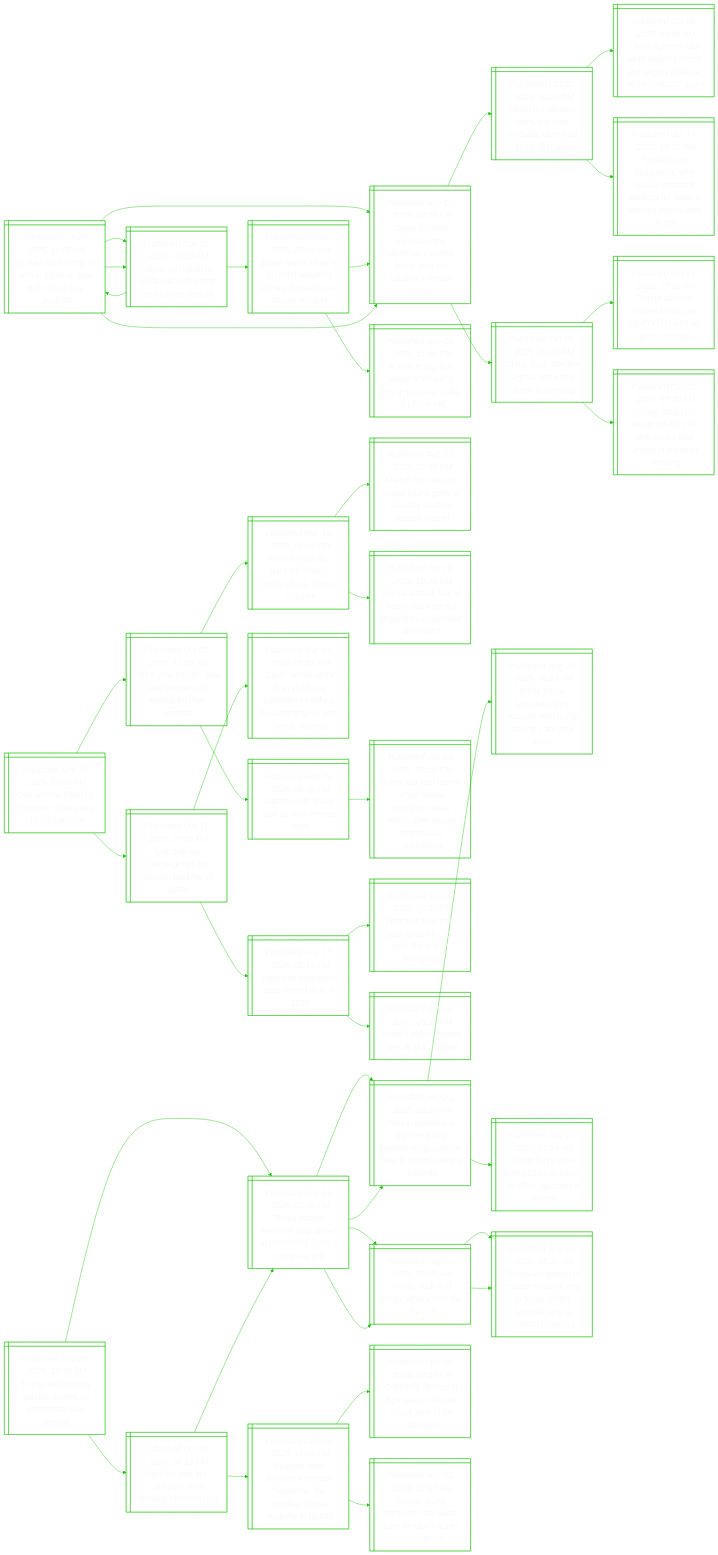
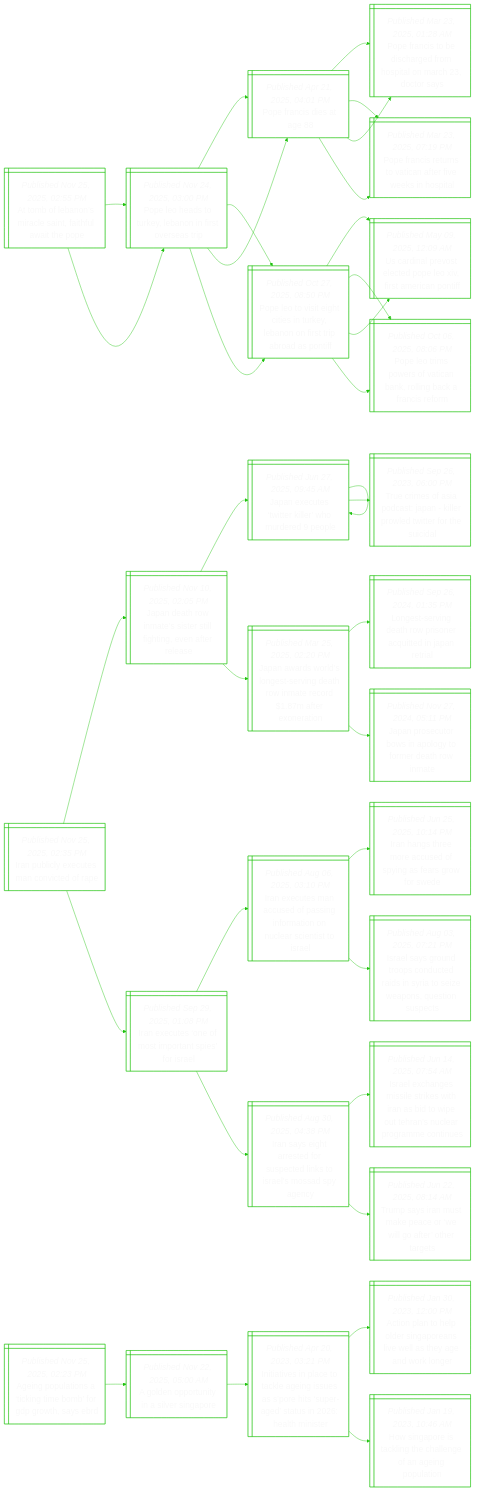
One commit to notJmes/notJmes changed the diagram in README.md. Above: the diagram before and after it, drawn with Mermaid. The commit also changed other lines of this file, not shown here.

````diff
--- a/README.md
+++ b/README.md
@@ -16,133 +16,112 @@
 flowchart LR
 classDef txtsize font-size:20px;
 
-Xwroiaptnas@{ shape: win-pane, label: "_Published Nov 25, 2025, 11:00 AM_
-Xi may want trump to rein in japan in spat with china, say analysts" }
-JPahciuinp@{ shape: win-pane, label: "_Published Nov 25, 2025, 09:58 AM_
-Japan pm takaichi holds call with trump amid china dispute" }
-Xwroiaptnas@{ shape: win-pane, label: "_Published Nov 25, 2025, 11:00 AM_
-Xi may want trump to rein in japan in spat with china, say analysts" }
-JPahciuinp@{ shape: win-pane, label: "_Published Nov 25, 2025, 09:58 AM_
-Japan pm takaichi holds call with trump amid china dispute" }
-JpsaCdmitarkiwm@{ shape: win-pane, label: "_Published Nov 10, 2025, 02:00 PM_
-Japan protests against china diplomat’s violent threat over pm takaichi’s taiwan remark" }
-JslrcrthddTnr@{ shape: win-pane, label: "_Published Nov 25, 2025, 09:35 AM_
-Japan sends letter to un chief rebutting china’s demand over taiwan remarks" }
-JpsaCdmitarkiwm@{ shape: win-pane, label: "_Published Nov 10, 2025, 02:00 PM_
-Japan protests against china diplomat’s violent threat over pm takaichi’s taiwan remark" }
-Xlmtatsowdpc@{ shape: win-pane, label: "_Published Nov 24, 2025, 11:38 PM_
-Xi tells trump that taiwan’s ‘return’ is key to post-war order in phone call" }
-JpsaCdmitarkiwm@{ shape: win-pane, label: "_Published Nov 10, 2025, 02:00 PM_
-Japan protests against china diplomat’s violent threat over pm takaichi’s taiwan remark" }
-JPaCseubitnts@{ shape: win-pane, label: "_Published Oct 31, 2025, 10:10 PM_
-Japan pm takaichi, china’s xi seek mutually beneficial ties in first talks" }
-Ctertonsasnmdrs@{ shape: win-pane, label: "_Published Oct 09, 2025, 09:46 AM_
-China tightens rare earth export controls and targets defence, semiconductor users" }
-SlMyhunkorntei@{ shape: win-pane, label: "_Published Oct 17, 2025, 12:50 PM_
-Socialist pm murayama, who issued landmark apology for japan’s wartime deeds, dies at 101" }
-Ceovnrwnep@{ shape: win-pane, label: "_Published Oct 28, 2025, 06:45 PM_
-China eyes ‘positive signals’ from new japan leadership" }
-STcksaarminr@{ shape: win-pane, label: "_Published Oct 21, 2025, 12:50 PM_
-Sanae takaichi makes history as japan’s first woman prime minister" }
-TJPaairtaarii@{ shape: win-pane, label: "_Published Oct 28, 2025, 07:30 AM_
-Trump, japan pm sanae takaichi ink rare earths deal ahead of trump-xi meeting" }
+Abbsciilto@{ shape: win-pane, label: "_Published Nov 25, 2025, 02:55 PM_
+At tomb of lebanon’s miracle saint, faithful await the pope" }
+PeduLoivap@{ shape: win-pane, label: "_Published Nov 24, 2025, 03:00 PM_
+Pope leo heads to turkey, lebanon in first overseas trip" }
+Prsa@{ shape: win-pane, label: "_Published Apr 21, 2025, 04:01 PM_
+Pope francis dies at age 88" }
+Prsdafoaaos@{ shape: win-pane, label: "_Published Mar 23, 2025, 01:28 AM_
+Pope francis to be discharged from hospital on march 23, doctor says" }
+PrsrVaeessl@{ shape: win-pane, label: "_Published Mar 23, 2025, 07:19 PM_
+Pope francis returns to vatican after five weeks in hospital" }
+Peiiiikbospaof@{ shape: win-pane, label: "_Published Oct 27, 2025, 08:50 PM_
+Pope leo to visit eight cities in turkey, lebanon on first trip abroad as pontiff" }
+UdPscooimat@{ shape: win-pane, label: "_Published May 09, 2025, 12:09 AM_
+Us cardinal prevost elected pope leo xiv, first american pontiff" }
+PemeVakicarm@{ shape: win-pane, label: "_Published Oct 06, 2025, 08:06 PM_
+Pope leo trims powers of vatican bank, rolling back a francis reform" }
+PeduLoivap@{ shape: win-pane, label: "_Published Nov 24, 2025, 03:00 PM_
+Pope leo heads to turkey, lebanon in first overseas trip" }
+Prsa@{ shape: win-pane, label: "_Published Apr 21, 2025, 04:01 PM_
+Pope francis dies at age 88" }
+Prsdafoaaos@{ shape: win-pane, label: "_Published Mar 23, 2025, 01:28 AM_
+Pope francis to be discharged from hospital on march 23, doctor says" }
+PrsrVaeessl@{ shape: win-pane, label: "_Published Mar 23, 2025, 07:19 PM_
+Pope francis returns to vatican after five weeks in hospital" }
+Peiiiikbospaof@{ shape: win-pane, label: "_Published Oct 27, 2025, 08:50 PM_
+Pope leo to visit eight cities in turkey, lebanon on first trip abroad as pontiff" }
+UdPscooimat@{ shape: win-pane, label: "_Published May 09, 2025, 12:09 AM_
+Us cardinal prevost elected pope leo xiv, first american pontiff" }
+PemeVakicarm@{ shape: win-pane, label: "_Published Oct 06, 2025, 08:06 PM_
+Pope leo trims powers of vatican bank, rolling back a francis reform" }
 
-Xwroiaptnas:::txtsize --> JPahciuinp:::txtsize
-JPahciuinp:::txtsize --> Xwroiaptnas:::txtsize
-Xwroiaptnas:::txtsize --> JPahciuinp:::txtsize
-Xwroiaptnas:::txtsize --> JpsaCdmitarkiwm:::txtsize
-JPahciuinp:::txtsize --> JslrcrthddTnr:::txtsize
-JslrcrthddTnr:::txtsize --> JpsaCdmitarkiwm:::txtsize
-JslrcrthddTnr:::txtsize --> Xlmtatsowdpc:::txtsize
-Xwroiaptnas:::txtsize --> JpsaCdmitarkiwm:::txtsize
-JpsaCdmitarkiwm:::txtsize --> JPaCseubitnts:::txtsize
-JPaCseubitnts:::txtsize --> Ctertonsasnmdrs:::txtsize
-JPaCseubitnts:::txtsize --> SlMyhunkorntei:::txtsize
-JpsaCdmitarkiwm:::txtsize --> Ceovnrwnep:::txtsize
-Ceovnrwnep:::txtsize --> STcksaarminr:::txtsize
-Ceovnrwnep:::txtsize --> TJPaairtaarii:::txtsize
+Abbsciilto:::txtsize --> PeduLoivap:::txtsize
+PeduLoivap:::txtsize --> Prsa:::txtsize
+Prsa:::txtsize --> Prsdafoaaos:::txtsize
+Prsa:::txtsize --> PrsrVaeessl:::txtsize
+PeduLoivap:::txtsize --> Peiiiikbospaof:::txtsize
+Peiiiikbospaof:::txtsize --> UdPscooimat:::txtsize
+Peiiiikbospaof:::txtsize --> PemeVakicarm:::txtsize
+Abbsciilto:::txtsize --> PeduLoivap:::txtsize
+PeduLoivap:::txtsize --> Prsa:::txtsize
+Prsa:::txtsize --> Prsdafoaaos:::txtsize
+Prsa:::txtsize --> PrsrVaeessl:::txtsize
+PeduLoivap:::txtsize --> Peiiiikbospaof:::txtsize
+Peiiiikbospaof:::txtsize --> UdPscooimat:::txtsize
+Peiiiikbospaof:::txtsize --> PemeVakicarm:::txtsize
 
-OmlyooenU@{ shape: win-pane, label: "_Published Nov 25, 2025, 10:50 AM_
-One woman killed by someone close every 10 minutes: un" }
-SouwwswntM@{ shape: win-pane, label: "_Published Oct 01, 2025, 11:50 AM_
-'shut your mouth': low-paid women still waiting for their #metoo" }
-FhfteTqacyr@{ shape: win-pane, label: "_Published Mar 19, 2025, 01:00 PM_
-French male film stars tell #metoo inquiry about ‘clumsy’ remarks" }
-Fhdtgououanra@{ shape: win-pane, label: "_Published Feb 03, 2025, 09:40 PM_
-French film director ruggia found guilty of sexually abusing actress haenel" }
-SluiFhrraueuM@{ shape: win-pane, label: "_Published Oct 28, 2024, 10:30 PM_
-Sexual assault trial of french actor gerard depardieu suspended until march" }
-Jcflewos@{ shape: win-pane, label: "_Published Feb 09, 2025, 06:00 PM_
-Japan could finally face its own #metoo crisis" }
-JtdepeaNreeusuli@{ shape: win-pane, label: "_Published Jan 23, 2025, 03:15 PM_
-J-pop star and former smap leader masahiro nakai retires after sexual misconduct allegations" }
-Letrtoekia@{ shape: win-pane, label: "_Published Oct 31, 2025, 07:55 PM_
-‘look delicate’ marriage tips for women backfire in japan" }
-Jepieoo@{ shape: win-pane, label: "_Published Aug 07, 2025, 05:12 PM_
-Japanese population sees record drop in 2024" }
-Jerraptiaeer@{ shape: win-pane, label: "_Published Jul 16, 2025, 03:40 PM_
-‘japanese first’ party shakes up election with alarm over foreigners" }
-Wsssenn@{ shape: win-pane, label: "_Published Jan 04, 2025, 05:51 PM_
-World’s oldest person dies at 116 in japan" }
-Jnmhirssftohmbr@{ shape: win-pane, label: "_Published Mar 03, 2024, 08:55 PM_
-Japan needs more than childcare subsidies to defuse its demographic time bomb: experts" }
+Iulcmnea@{ shape: win-pane, label: "_Published Nov 25, 2025, 02:35 PM_
+Iran publicly executes man convicted of rape" }
+Jdrmsrltvtl@{ shape: win-pane, label: "_Published Nov 10, 2025, 02:05 PM_
+Japan death row inmate’s sister still fighting, even after release" }
+Jetikruep@{ shape: win-pane, label: "_Published Jun 27, 2025, 09:45 AM_
+Japan executes ‘twitter killer’ who murdered 9 people" }
+Jetikruep@{ shape: win-pane, label: "_Published Jun 27, 2025, 09:45 AM_
+Japan executes ‘twitter killer’ who murdered 9 people" }
+Troaaplrdtrua@{ shape: win-pane, label: "_Published Sep 26, 2023, 06:00 PM_
+True crimes of asia podcast: japan - killer prowled twitter for the suicidal" }
+Jasdgeghnrdeni@{ shape: win-pane, label: "_Published Mar 25, 2025, 02:20 PM_
+Japan awards world’s longest-serving death row inmate record $1.87m after exoneration" }
+Lsveosatnni@{ shape: win-pane, label: "_Published Sep 26, 2024, 01:35 PM_
+Longest-serving death row prisoner acquitted in japan retrial" }
+Jpcbnofrhn@{ shape: win-pane, label: "_Published Nov 27, 2024, 05:11 PM_
+Japan prosecutor bows in apology to former death row inmate" }
+Ixeotrsfr@{ shape: win-pane, label: "_Published Sep 29, 2025, 01:08 PM_
+Iran executes ‘one of most important spies’ for israel" }
+Ixeaeagrournta@{ shape: win-pane, label: "_Published Aug 06, 2025, 03:10 PM_
+Iran executes man accused of passing information on nuclear scientist to israel" }
+Iahocoifgod@{ shape: win-pane, label: "_Published Jun 25, 2025, 10:14 PM_
+Iran hangs three more accused of spying as fears grow for swede" }
+Ilgdpddsrswnssc@{ shape: win-pane, label: "_Published Aug 03, 2025, 07:21 PM_
+Israel says ground troops conducted raids in syria to seize weapons, question suspects" }
+IagrdutnIlsyc@{ shape: win-pane, label: "_Published Aug 30, 2025, 04:38 PM_
+Iran says eight arrested for suspected links to israel’s mossad spy agency" }
+Ilamliiaiitacpaou@{ shape: win-pane, label: "_Published Jun 14, 2025, 07:54 AM_
+Israel exchanges missile strikes with iran as bid to wipe out tehran’s nuclear programme continues" }
+Tsrseeworre@{ shape: win-pane, label: "_Published Jun 22, 2025, 08:14 AM_
+Trump says iran must make peace or ‘we will go after’ other targets" }
 
-OmlyooenU:::txtsize --> SouwwswntM:::txtsize
-SouwwswntM:::txtsize --> FhfteTqacyr:::txtsize
-FhfteTqacyr:::txtsize --> Fhdtgououanra:::txtsize
-FhfteTqacyr:::txtsize --> SluiFhrraueuM:::txtsize
-SouwwswntM:::txtsize --> Jcflewos:::txtsize
-Jcflewos:::txtsize --> JtdepeaNreeusuli:::txtsize
-OmlyooenU:::txtsize --> Letrtoekia:::txtsize
-Letrtoekia:::txtsize --> Jepieoo:::txtsize
-Jepieoo:::txtsize --> Jerraptiaeer:::txtsize
-Jepieoo:::txtsize --> Wsssenn:::txtsize
-Letrtoekia:::txtsize --> Jnmhirssftohmbr:::txtsize
+Iulcmnea:::txtsize --> Jdrmsrltvtl:::txtsize
+Jdrmsrltvtl:::txtsize --> Jetikruep:::txtsize
+Jetikruep:::txtsize --> Jetikruep:::txtsize
+Jetikruep:::txtsize --> Troaaplrdtrua:::txtsize
+Jdrmsrltvtl:::txtsize --> Jasdgeghnrdeni:::txtsize
+Jasdgeghnrdeni:::txtsize --> Lsveosatnni:::txtsize
+Jasdgeghnrdeni:::txtsize --> Jpcbnofrhn:::txtsize
+Iulcmnea:::txtsize --> Ixeotrsfr:::txtsize
+Ixeotrsfr:::txtsize --> Ixeaeagrournta:::txtsize
+Ixeaeagrournta:::txtsize --> Iahocoifgod:::txtsize
+Ixeaeagrournta:::txtsize --> Ilgdpddsrswnssc:::txtsize
+Ixeotrsfr:::txtsize --> IagrdutnIlsyc:::txtsize
+IagrdutnIlsyc:::txtsize --> Ilamliiaiitacpaou:::txtsize
+IagrdutnIlsyc:::txtsize --> Tsrseeworre:::txtsize
 
-Trtimesmtnn@{ shape: win-pane, label: "_Published Nov 25, 2025, 10:15 AM_
-Trump redistricting gamble teeters as democrats gain ground" }
-TastmmprTsrr@{ shape: win-pane, label: "_Published Aug 23, 2025, 03:00 PM_
-Texas adopts electoral map aimed at preserving trump’s congress grip" }
-TRlsoucosattami@{ shape: win-pane, label: "_Published Aug 21, 2025, 02:11 AM_
-Texas republicans approve trump-backed congressional map to protect party’s majority" }
-WHlhkctTsgoi@{ shape: win-pane, label: "_Published Aug 20, 2025, 06:19 AM_
-White house launches tiktok account with trump saying ‘i am your voice’" }
-Tboabiisuo@{ shape: win-pane, label: "_Published Aug 21, 2025, 01:19 AM_
-Trump buys more than $128m in bonds in office, disclosure shows" }
-Ttnatth@{ shape: win-pane, label: "_Published Aug 18, 2025, 05:00 AM_
-Trump, tech and texas: what’s next for the us?" }
-Tlmoaclnsttlttos@{ shape: win-pane, label: "_Published Aug 06, 2025, 08:30 AM_
-Trump-led gambit to redraw electoral map in texas ignites national race to control congress" }
-Tlmoaclnsttlttos@{ shape: win-pane, label: "_Published Aug 06, 2025, 08:30 AM_
-Trump-led gambit to redraw electoral map in texas ignites national race to control congress" }
-Ffiriilwlrp@{ shape: win-pane, label: "_Published Oct 30, 2025, 04:15 PM_
-‘fight fire with fire’: california mulls skewing electoral map" }
-TastmmprTsrr@{ shape: win-pane, label: "_Published Aug 23, 2025, 03:00 PM_
-Texas adopts electoral map aimed at preserving trump’s congress grip" }
-TRlsoucosattami@{ shape: win-pane, label: "_Published Aug 21, 2025, 02:11 AM_
-Texas republicans approve trump-backed congressional map to protect party’s majority" }
-Ttnatth@{ shape: win-pane, label: "_Published Aug 18, 2025, 05:00 AM_
-Trump, tech and texas: what’s next for the us?" }
-Seesehceloatiy@{ shape: win-pane, label: "_Published Dec 05, 2024, 12:08 PM_
-Speaker mike johnson’s newest headache: the smallest house majority in history" }
-CoDriahteted@{ shape: win-pane, label: "_Published Dec 04, 2024, 02:40 PM_
-California democrat flips seat in the last house race to be decided" }
-FrpnttsnuCe@{ shape: win-pane, label: "_Published Nov 23, 2024, 02:53 AM_
-Former trump nominee matt gaetz says he won’t return to congress" }
+AglnctorrsB@{ shape: win-pane, label: "_Published Nov 25, 2025, 02:23 PM_
+Ageing populations a ‘ticking time bomb’ for gdp growth, says ebrd" }
+Aeoiaege@{ shape: win-pane, label: "_Published Nov 22, 2025, 05:00 AM_
+A golden opportunity in a silver singapore" }
+IasatenuShuganti@{ shape: win-pane, label: "_Published Apr 20, 2023, 03:21 PM_
+Initiatives in place to tackle ageing issues as s’pore hits ‘super-aged’ status in 2026: health minister" }
+Antpraavlearg@{ shape: win-pane, label: "_Published Jan 30, 2023, 12:00 PM_
+Action plan to help older singaporeans live well as they age and work longer" }
+Hnrancefeot@{ shape: win-pane, label: "_Published Jan 19, 2023, 10:46 AM_
+How singapore is tackling the challenge of an ageing population" }
 
-Trtimesmtnn:::txtsize --> TastmmprTsrr:::txtsize
-TastmmprTsrr:::txtsize --> TRlsoucosattami:::txtsize
-TRlsoucosattami:::txtsize --> WHlhkctTsgoi:::txtsize
-TRlsoucosattami:::txtsize --> Tboabiisuo:::txtsize
-TastmmprTsrr:::txtsize --> Ttnatth:::txtsize
-Ttnatth:::txtsize --> Tlmoaclnsttlttos:::txtsize
-Ttnatth:::txtsize --> Tlmoaclnsttlttos:::txtsize
-Trtimesmtnn:::txtsize --> Ffiriilwlrp:::txtsize
-Ffiriilwlrp:::txtsize --> TastmmprTsrr:::txtsize
-TastmmprTsrr:::txtsize --> TRlsoucosattami:::txtsize
-TastmmprTsrr:::txtsize --> Ttnatth:::txtsize
-Ffiriilwlrp:::txtsize --> Seesehceloatiy:::txtsize
-Seesehceloatiy:::txtsize --> CoDriahteted:::txtsize
-Seesehceloatiy:::txtsize --> FrpnttsnuCe:::txtsize
+AglnctorrsB:::txtsize --> Aeoiaege:::txtsize
+Aeoiaege:::txtsize --> IasatenuShuganti:::txtsize
+IasatenuShuganti:::txtsize --> Antpraavlearg:::txtsize
+IasatenuShuganti:::txtsize --> Hnrancefeot:::txtsize
 
 ```
````
